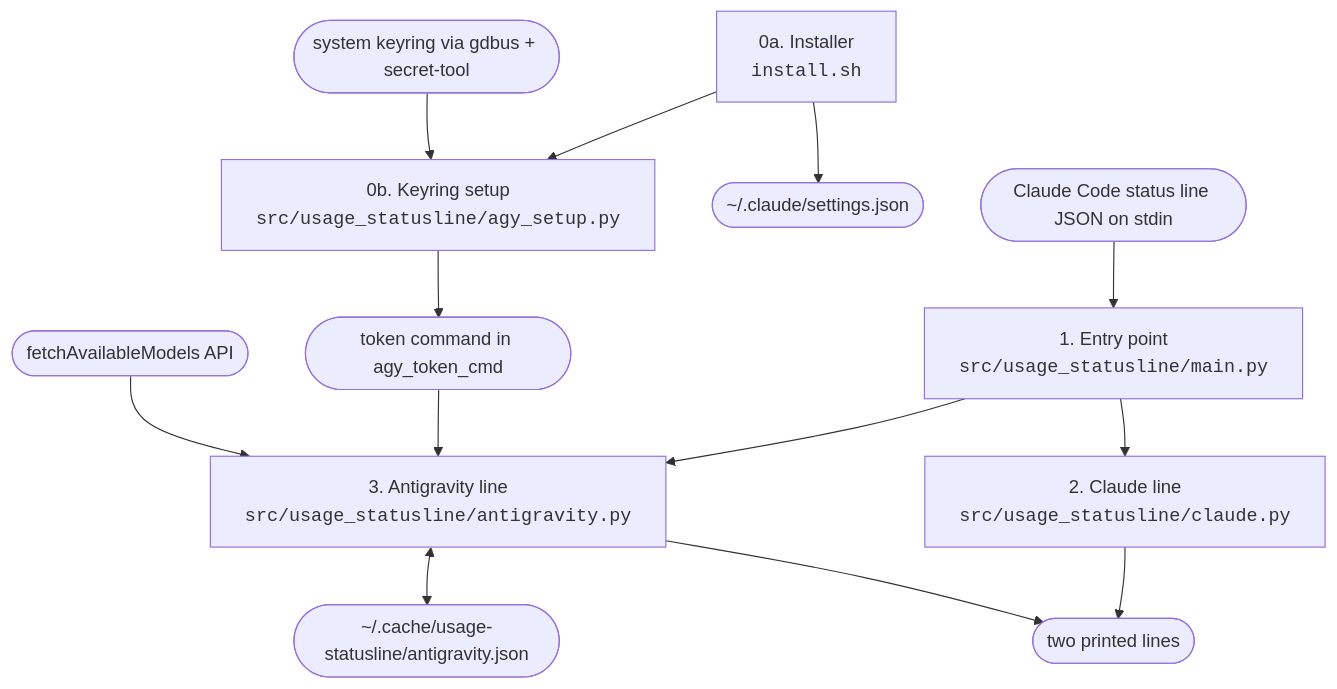
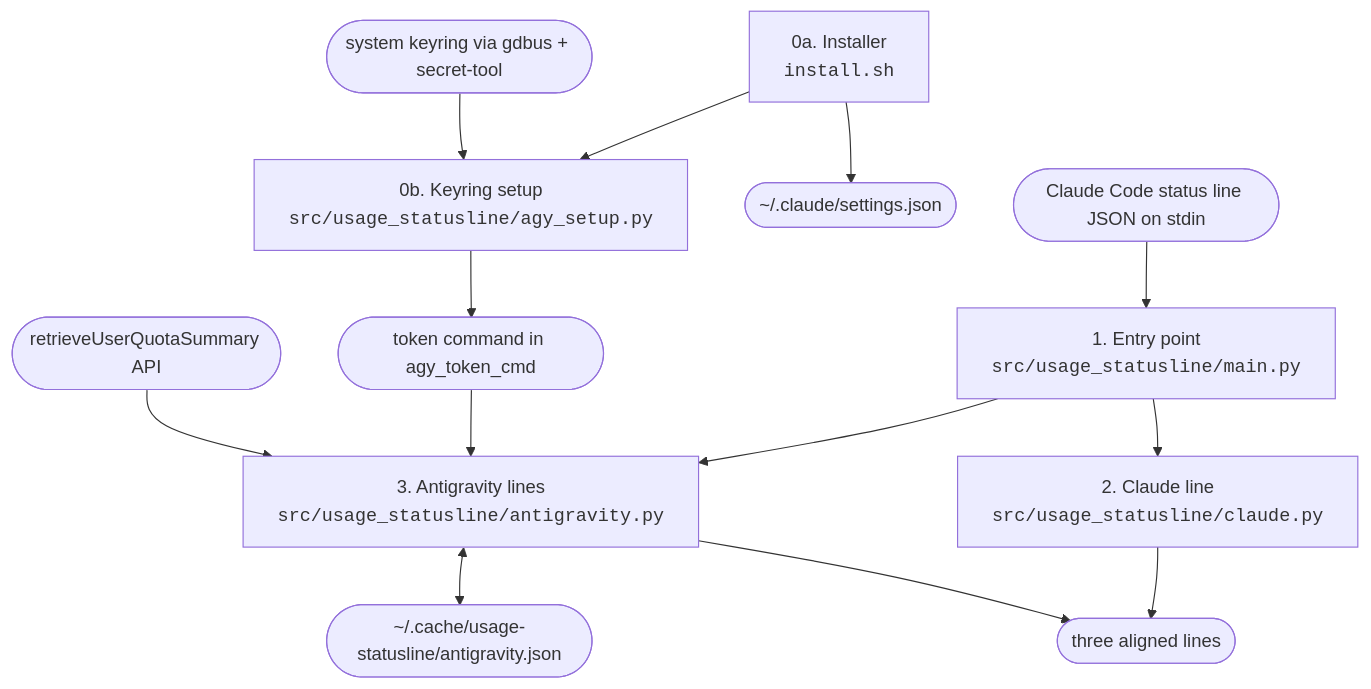
The first of 2 diagrams in docs/ARCHITECTURE.md (mlemes/quotaline), drawn with Mermaid before and after one commit. The commit also changed other lines of this file and 7 other files, not shown here.

Commit message:
usage-statusline: one aligned line per Antigravity quota group with session and weekly limits

````diff
--- a/docs/ARCHITECTURE.md
+++ b/docs/ARCHITECTURE.md
@@ -12,15 +13,15 @@
 ```mermaid
 flowchart TB
     cc([Claude Code status line JSON on stdin]) --> main["1. Entry point<br/><code>src/usage_statusline/main.py</code>"]
     main --> claude["2. Claude line<br/><code>src/usage_statusline/claude.py</code>"]
-    main --> ag["3. Antigravity line<br/><code>src/usage_statusline/antigravity.py</code>"]
+    main --> ag["3. Antigravity lines<br/><code>src/usage_statusline/antigravity.py</code>"]
     tok([token command in agy_token_cmd]) --> ag
-    api([fetchAvailableModels API]) --> ag
+    api([retrieveUserQuotaSummary API]) --> ag
     ag <--> cache([~/.cache/usage-statusline/antigravity.json])
-    claude --> out([two printed lines])
+    claude --> out([three aligned lines])
     ag --> out
     inst["0a. Installer<br/><code>install.sh</code>"] --> settings([~/.claude/settings.json])
     inst --> setup["0b. Keyring setup<br/><code>src/usage_statusline/agy_setup.py</code>"]
     keyring([system keyring via gdbus + secret-tool]) --> setup
     setup --> tok
 ```
````
